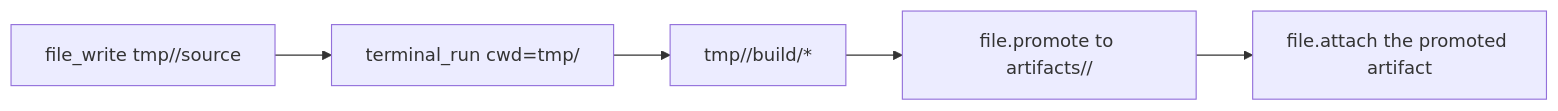
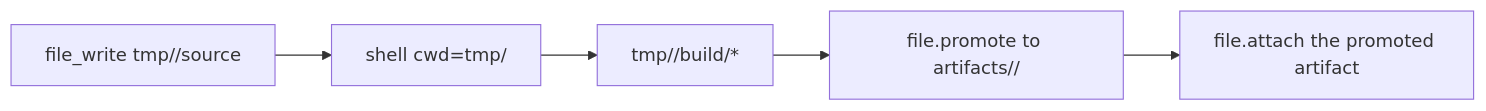
Before and after one commit to yeomyeonggeori/internkim: the second of 2 diagrams in README.md, drawn with Mermaid. The commit also changed other lines of this file and 23 other files, not shown here.

First line of the commit message:
chore: the terminal tool answers to shell

````diff
--- a/README.md
+++ b/README.md
@@ -161,7 +161,7 @@
 ```mermaid
 flowchart LR
-  Draft["file_write tmp/<slug>/source"] --> Build["terminal_run cwd=tmp/<slug>"]
+  Draft["file_write tmp/<slug>/source"] --> Build["shell cwd=tmp/<slug>"]
   Build --> Output["tmp/<slug>/build/*"]
   Output --> Promote["file.promote to artifacts/<slug>/"]
   Promote --> Attach["file.attach the promoted artifact"]
 ```
````
